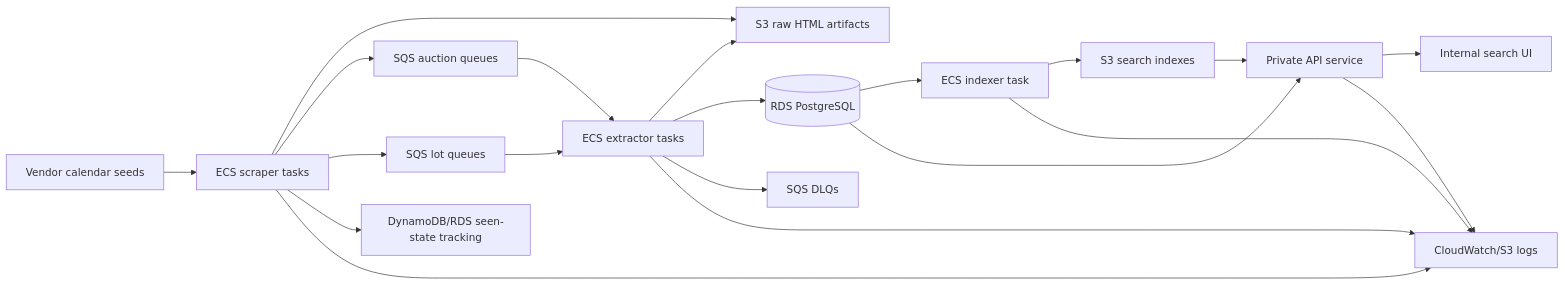
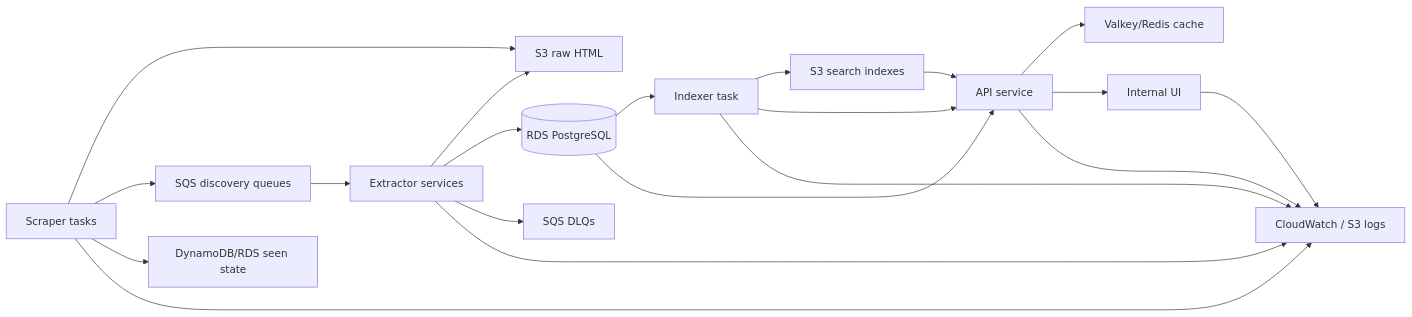
Before and after one commit to aemotyka/aemotyka.github.io: the diagram in docs/case-studies/lotus.md, drawn with Mermaid. The commit also changed other lines of this file and 3 other files, not shown here.

````diff
--- a/docs/case-studies/lotus.md
+++ b/docs/case-studies/lotus.md
@@ -53,28 +29,26 @@
-```mermaid
+~~~mermaid
 flowchart LR
-    SEEDS[Vendor calendar seeds] --> SCRAPER[ECS scraper tasks]
+    SCRAPER[Scraper tasks] --> RAW[S3 raw HTML]
+    SCRAPER --> DISCOVER[SQS discovery queues]
+    SCRAPER --> SEEN[DynamoDB/RDS seen state]
 
-    SCRAPER --> HTML[S3 raw HTML artifacts]
-    SCRAPER --> AQ[SQS auction queues]
-    SCRAPER --> LQ[SQS lot queues]
-    SCRAPER --> SEEN[DynamoDB/RDS seen-state tracking]
-
-    AQ --> EXTRACTOR[ECS extractor tasks]
-    LQ --> EXTRACTOR
-
-    EXTRACTOR --> HTML
+    DISCOVER --> EXTRACTOR[Extractor services]
+    EXTRACTOR --> RAW
     EXTRACTOR --> RDS[(RDS PostgreSQL)]
     EXTRACTOR --> DLQ[SQS DLQs]
 
-    RDS --> INDEXER[ECS indexer task]
+    RDS --> INDEXER[Indexer task]
     INDEXER --> INDEX[S3 search indexes]
+    INDEXER --> API[API service]
 
-    INDEX --> API[Private API service]
+    INDEX --> API
     RDS --> API
-    API --> UI[Internal search UI]
+    API --> CACHE[Valkey/Redis cache]
+    API --> UI[Internal UI]
 
-    SCRAPER --> LOGS[CloudWatch/S3 logs]
+    SCRAPER --> LOGS[CloudWatch / S3 logs]
     EXTRACTOR --> LOGS
     INDEXER --> LOGS
     API --> LOGS
-```
+    UI --> LOGS
+~~~
````
